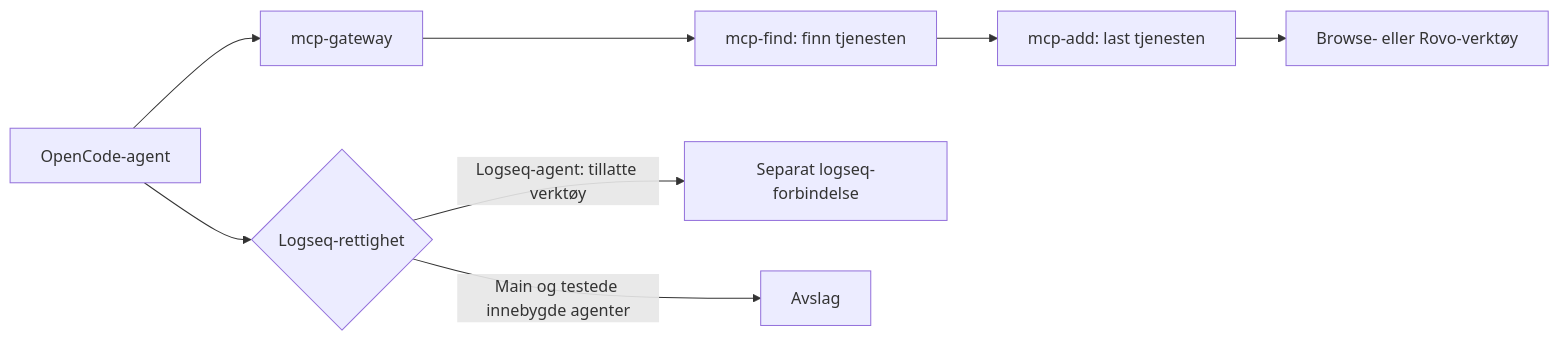
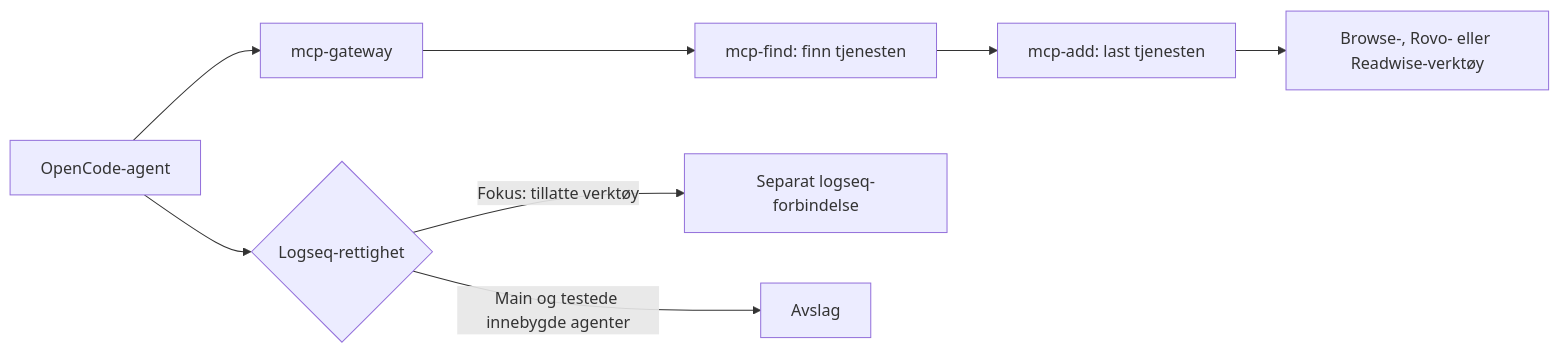
The third of 3 diagrams in sbx/README.md (nilsml/mac-setup), drawn with Mermaid before and after one commit. The commit also changed other lines of this file and 1 other file, not shown here.

Commit message:
Dokumenter Fokus med Kimi og felles Readwise-tilgang

````diff
--- a/sbx/README.md
+++ b/sbx/README.md
@@ -97,10 +99,10 @@
 ```mermaid
 flowchart LR
   Agent["OpenCode-agent"] --> Gateway["mcp-gateway"]
   Gateway --> Find["mcp-find: finn tjenesten"]
   Find --> Add["mcp-add: last tjenesten"]
-  Add --> Tools["Browse- eller Rovo-verktøy"]
+  Add --> Tools["Browse-, Rovo- eller Readwise-verktøy"]
   Agent --> Policy{"Logseq-rettighet"}
-  Policy -->|"Logseq-agent: tillatte verktøy"| Logseq["Separat logseq-forbindelse"]
+  Policy -->|"Fokus: tillatte verktøy"| Logseq["Separat logseq-forbindelse"]
   Policy -->|"Main og testede innebygde agenter"| Deny["Avslag"]
 ```
````
